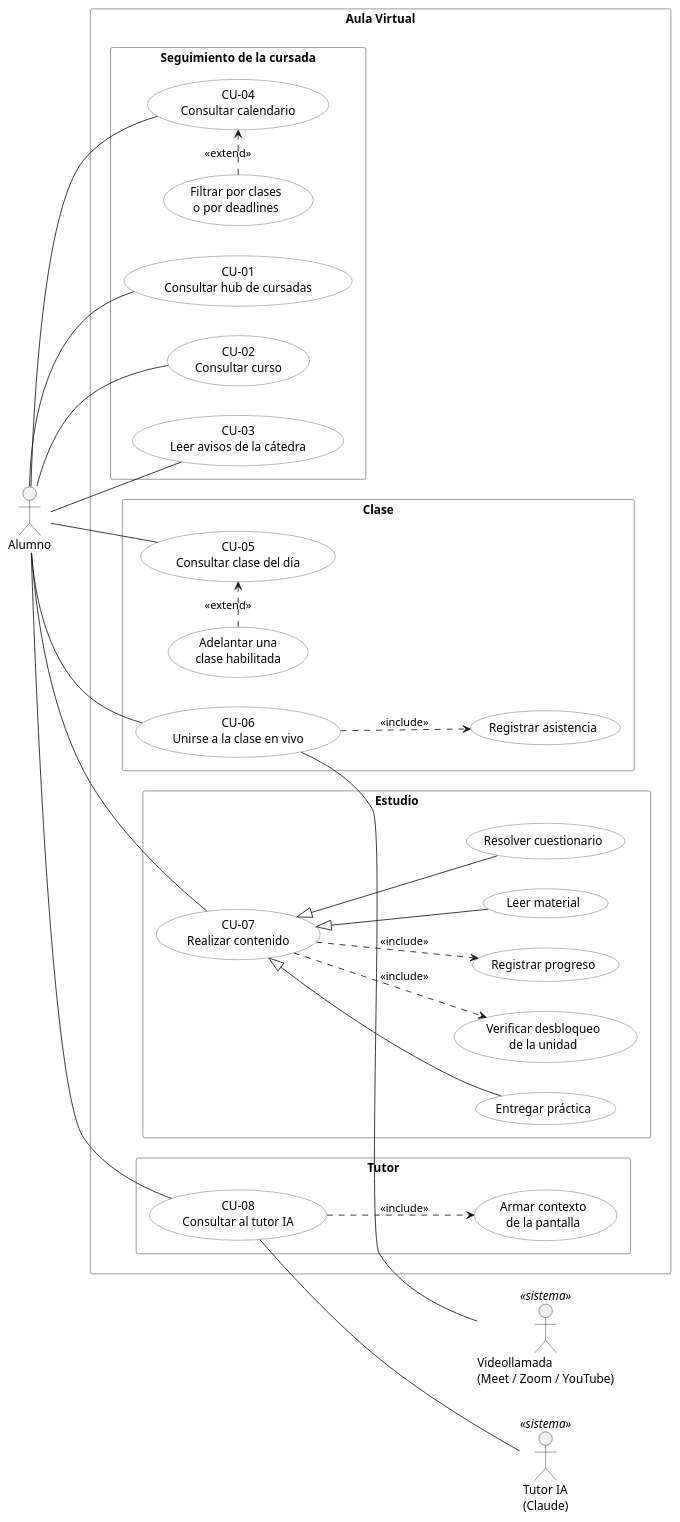
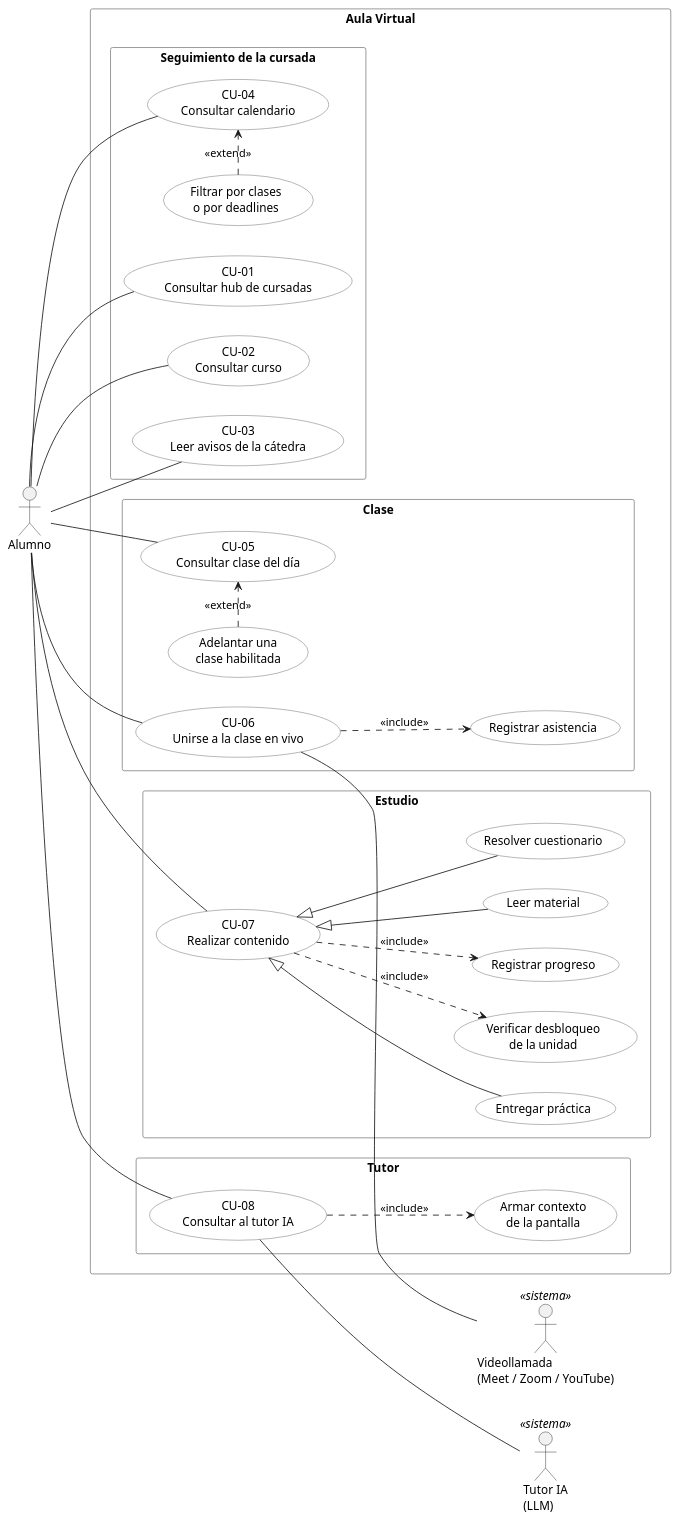
One commit to alesi753/Metodologia-y-Sistemas-grupo11 changed the diagram in docs/casos-de-uso/alumno.puml. Above: the diagram before and after it, drawn with PlantUML. The commit also changed 6 other files, not shown here.

```diff
--- a/docs/casos-de-uso/alumno.puml
+++ b/docs/casos-de-uso/alumno.puml
@@ -1,75 +1,75 @@
 @startuml alumno
 ' Diagrama de casos de uso: perspectiva del Alumno.
 ' Precondición de todos los casos: sesión iniciada con el grupo "alumno".
 ' Render: java -jar plantuml.jar -tsvg docs/casos-de-uso/alumno.puml
 left to right direction
 skinparam shadowing false
 skinparam defaultFontName Sans
 skinparam usecase {
   BackgroundColor #FFFFFF
   BorderColor #555555
 }
 skinparam rectangle {
   BorderColor #888888
 }
 
 actor "Alumno" as alumno
 
 rectangle "Aula Virtual" {
   rectangle "Seguimiento de la cursada" {
     usecase "CU-01\nConsultar hub de cursadas" as UC01
     usecase "CU-02\nConsultar curso" as UC02
     usecase "CU-03\nLeer avisos de la cátedra" as UC03
     usecase "CU-04\nConsultar calendario" as UC04
     usecase "Filtrar por clases\no por deadlines" as UC04a
   }
 
   rectangle "Clase" {
     usecase "CU-05\nConsultar clase del día" as UC05
     usecase "Adelantar una\nclase habilitada" as UC05a
     usecase "CU-06\nUnirse a la clase en vivo" as UC06
     usecase "Registrar asistencia" as UC06a
   }
 
   rectangle "Estudio" {
     usecase "CU-07\nRealizar contenido" as UC07
     usecase "Leer material" as UC07a
     usecase "Resolver cuestionario" as UC07c
     usecase "Entregar práctica" as UC07d
     usecase "Verificar desbloqueo\nde la unidad" as UC07x
     usecase "Registrar progreso" as UC07y
   }
 
   rectangle "Tutor" {
     usecase "CU-08\nConsultar al tutor IA" as UC08
     usecase "Armar contexto\nde la pantalla" as UC08a
   }
 }
 
-actor "Tutor IA\n(Claude)" as ia <<sistema>>
+actor "Tutor IA\n(LLM)" as ia <<sistema>>
 actor "Videollamada\n(Meet / Zoom / YouTube)" as video <<sistema>>
 
 alumno -- UC01
 alumno -- UC02
 alumno -- UC03
 alumno -- UC04
 alumno -- UC05
 alumno -- UC06
 alumno -- UC07
 alumno -- UC08
 
 UC04a .> UC04 : <<extend>>
 UC05a .> UC05 : <<extend>>
 UC06 ..> UC06a : <<include>>
 
 UC07 <|-- UC07a
 UC07 <|-- UC07c
 UC07 <|-- UC07d
 UC07 ..> UC07x : <<include>>
 UC07 ..> UC07y : <<include>>
 
 UC08 ..> UC08a : <<include>>
 
 UC06 -- video
 UC08 -- ia
 @enduml
```
